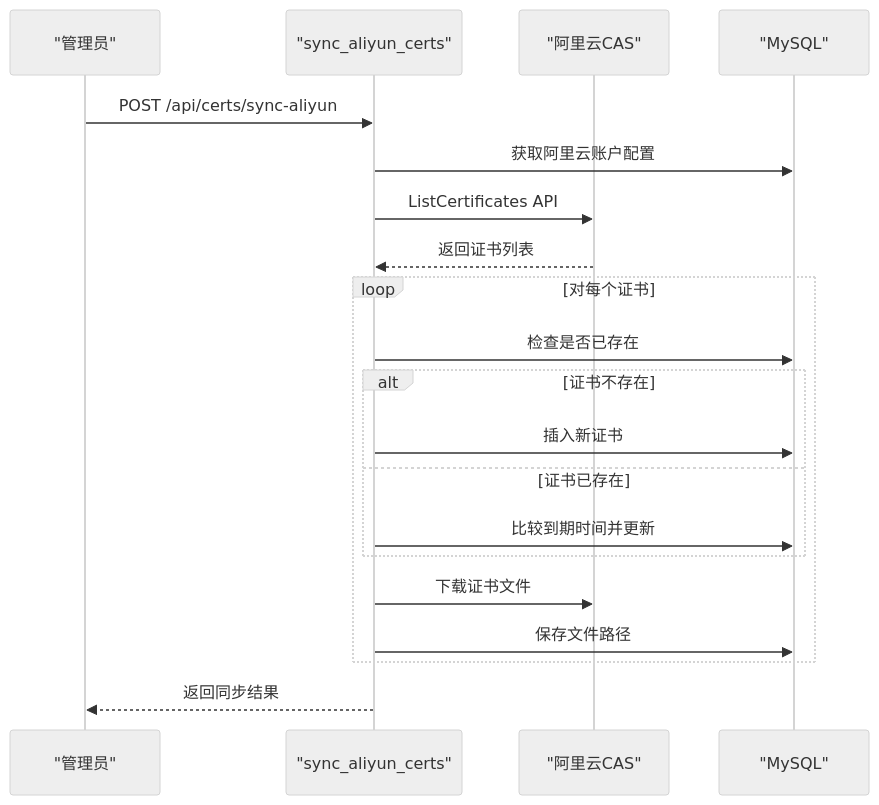
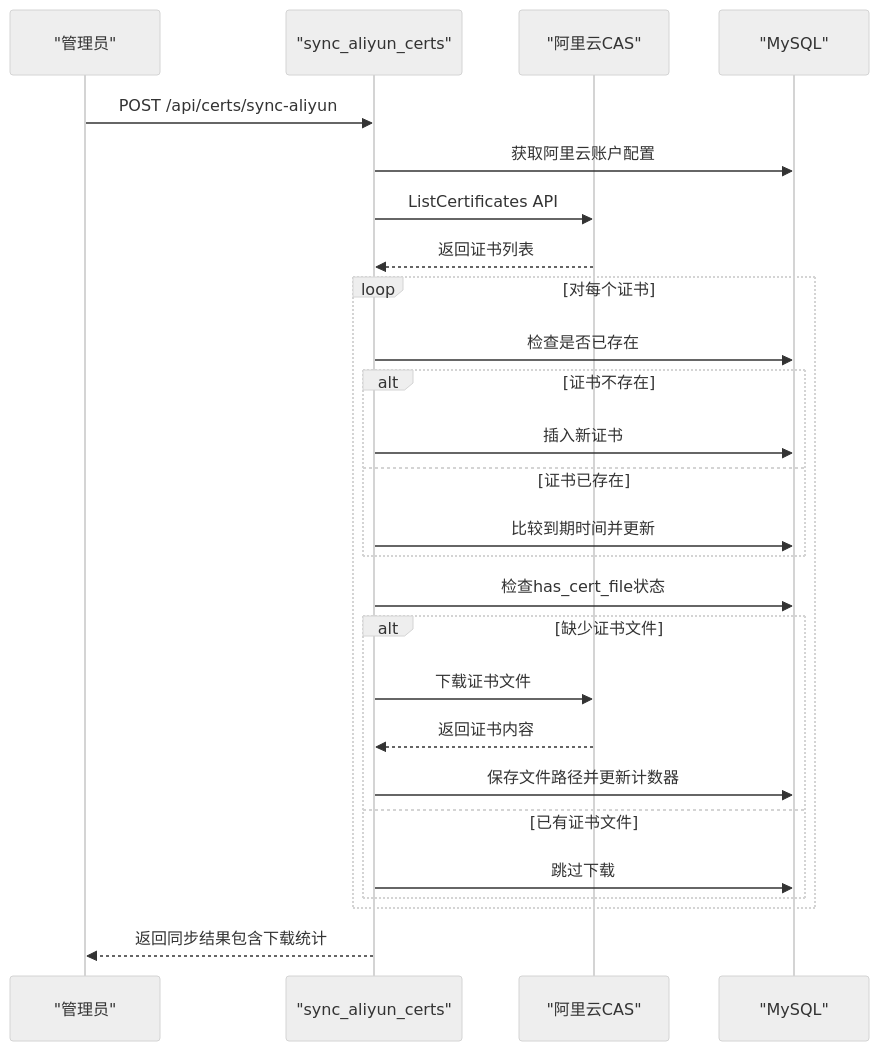
The fifth of 12 diagrams in .qoder/repowiki/zh/content/核心功能模块/证书管理模块.md (ismine3/OPS), drawn with Mermaid (neutral theme) before and after one commit. The commit also changed other lines of this file and 13 other files, not shown here.

````diff
--- a/.qoder/repowiki/zh/content/核心功能模块/证书管理模块.md
+++ b/.qoder/repowiki/zh/content/核心功能模块/证书管理模块.md
@@ -236,22 +235,28 @@
 ```mermaid
 sequenceDiagram
 participant Admin as "管理员"
 participant API as "sync_aliyun_certs"
 participant ALIYUN as "阿里云CAS"
 participant DB as "MySQL"
 Admin->>API : POST /api/certs/sync-aliyun
 API->>DB : 获取阿里云账户配置
 API->>ALIYUN : ListCertificates API
 ALIYUN-->>API : 返回证书列表
 loop 对每个证书
 API->>DB : 检查是否已存在
 alt 证书不存在
 API->>DB : 插入新证书
 else 证书已存在
 API->>DB : 比较到期时间并更新
 end
+API->>DB : 检查has_cert_file状态
+alt 缺少证书文件
 API->>ALIYUN : 下载证书文件
-API->>DB : 保存文件路径
+ALIYUN-->>API : 返回证书内容
+API->>DB : 保存文件路径并更新计数器
+else 已有证书文件
+API->>DB : 跳过下载
 end
-API-->>Admin : 返回同步结果
+end
+API-->>Admin : 返回同步结果包含下载统计
 ```
````
